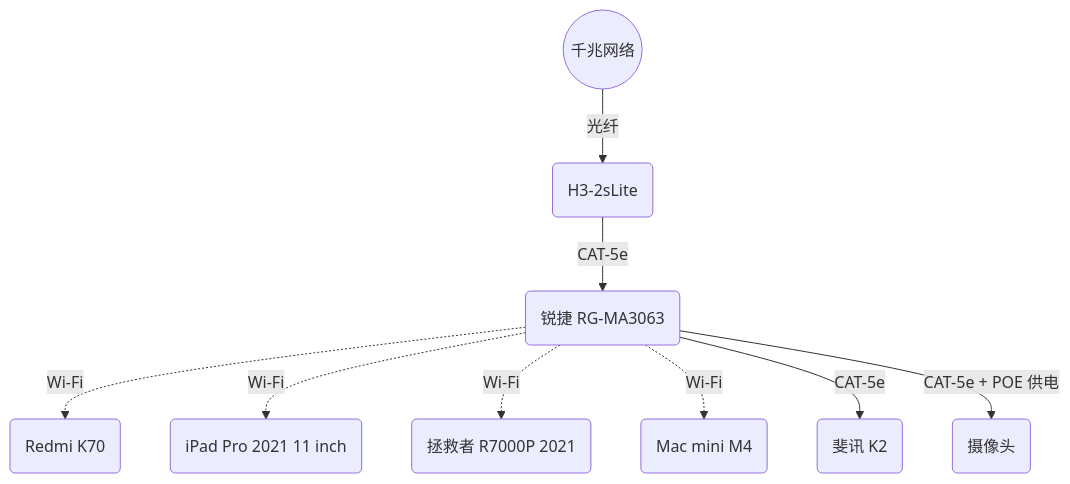
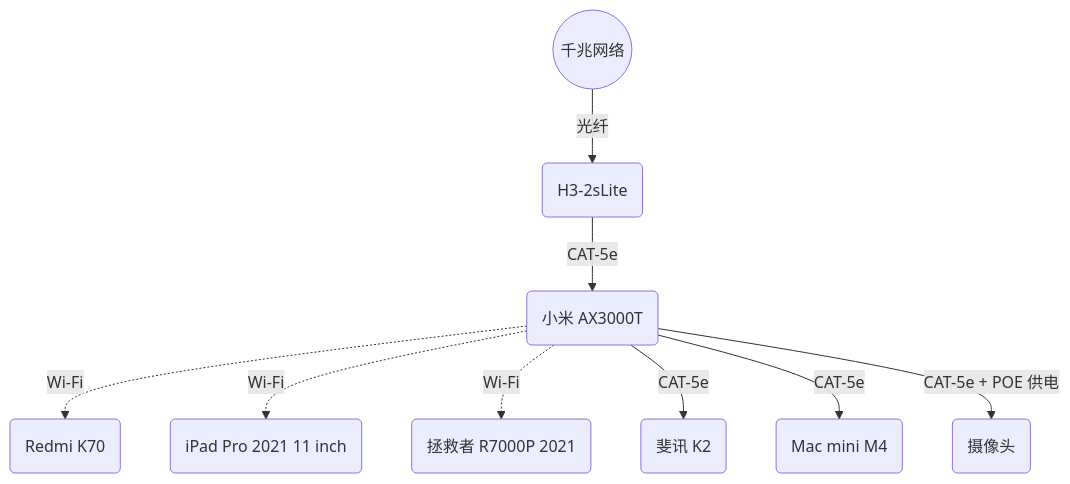
Before and after one commit to Cierra-Runis/note-of-me.top: the second of 2 diagrams in src/post/Network.mdx, drawn with Mermaid. The commit also changed other lines of this file, not shown here.

````diff
--- a/src/post/Network.mdx
+++ b/src/post/Network.mdx
@@ -424,19 +427,19 @@
 ```mermaid
 graph TD
     P(Redmi K70)
     T(iPad Pro 2021 11 inch)
     L(拯救者 R7000P 2021)
     M4(Mac mini M4)
 
     C(H3-2sLite)
-    R(锐捷 RG-MA3063)
+    X(小米 AX3000T)
     F(斐讯 K2)
     CCTV(摄像头)
     G((千兆网络))
 
     G -- "光纤" --> C
-    C -- "CAT-5e" --> R
-    R -. "Wi-Fi" .-> P & T & L & M4
-    R -- "CAT-5e" --> F
-    R -- "CAT-5e + POE 供电" --> CCTV
+    C -- "CAT-5e" --> X
+    X -. "Wi-Fi" .-> P & T & L
+    X -- "CAT-5e" --> F & M4
+    X -- "CAT-5e + POE 供电" --> CCTV
 ```
````
